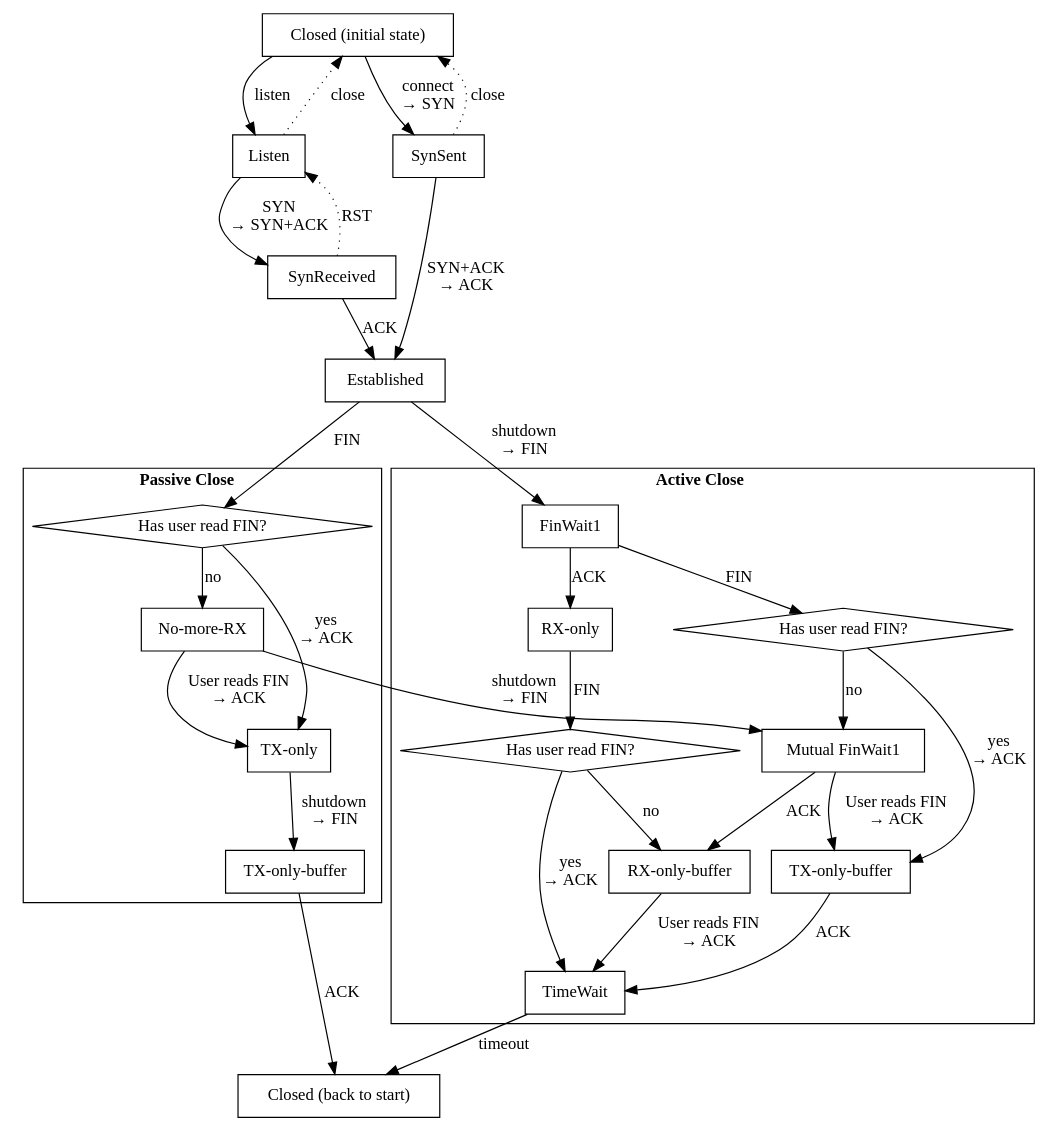
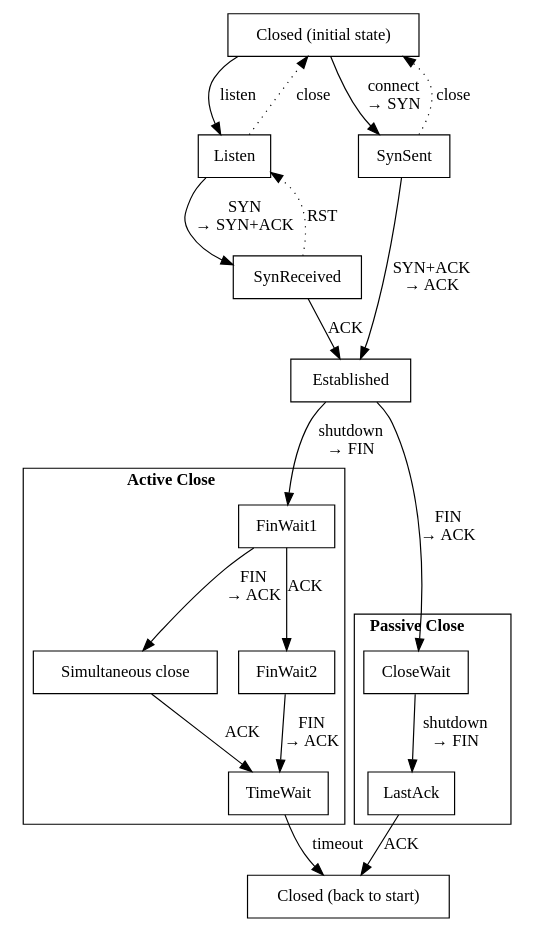
The diagram in docs/state.dot (Dentosal/tcpstate), drawn with Graphviz before and after one commit. The commit also changed 20 other files, not shown here.

```diff
--- a/docs/state.dot
+++ b/docs/state.dot
@@ -1,78 +1,58 @@
 // dot -Tsvg -o images/state.svg state.dot
 
 digraph A {
     node [shape=rect];
 
     Closed [label="Closed (initial state)"]
 
     Closed -> Listen [label="listen"]
     Closed -> SynSent [label="connect\n&rarr; SYN"]
 
     Listen -> SynReceived [label="SYN\n&rarr; SYN+ACK"]
     Listen -> Closed [label="close", style=dotted]
     SynReceived -> Listen [label="RST", style=dotted]
     SynReceived -> Established [label="ACK"]
 
     SynSent -> Established [label="SYN+ACK\n&rarr; ACK"]
     SynSent -> Closed [label="close", style=dotted]
 
     // s{0,1,2} = our FIN no/send/ack?
-    // f{0,1,2} = their FIN no/send/ack?
+    // f{0,2} = their FIN no/ack?
     // w{?} = variant enters timewait
     //
     // s0f0 = Established
 
 	subgraph cluster_pc {
 		label = < <b>Passive Close</b> >;
 
-        s0f1 [label="No-more-RX"]
-        s0f2 [label="TX-only"]
-        s1f2 [label="TX-only-buffer"]
-        pLastRead [shape=diamond, label="Has user read FIN?"]
+        s0f2 [label="CloseWait"]
+        s1f2 [label="LastAck"]
     }
 
     subgraph cluster_ac {
 		label = < <b>Active Close</b> >;
 
         s1f0w [label="FinWait1"]
-        s1f1w [label="Mutual FinWait1"]
-        s1f2w [label="TX-only-buffer"]
-        s2f0w [label="RX-only"]
-        s2f1w [label="RX-only-buffer"]
+        s1f2w [label="Simultaneous close"]
+        s2f0w [label="FinWait2"]
         s2f2w [label="TimeWait"]
-
-        aLastRead1 [shape=diamond, label="Has user read FIN?"]
-        aLastRead2 [shape=diamond, label="Has user read FIN?"]
 	}
 
     s2f2 [label="Closed (back to start)"]
 
     Established -> s1f0w [label="shutdown\n&rarr; FIN"]
 
 
-    Established -> pLastRead [label="FIN"]
-    pLastRead -> s0f1 [label="no"]
-    pLastRead -> s0f2 [label="yes\n&rarr; ACK"]
+    Established -> s0f2 [label="FIN\n&rarr; ACK"]
 
-    s1f0w -> aLastRead1 [label="FIN"]
-    aLastRead1 -> s1f1w [label="no"]
-    aLastRead1 -> s1f2w [label="yes\n&rarr; ACK"]
-
-    s2f0w -> aLastRead2 [label="FIN"]
-    aLastRead2 -> s2f1w [label="no"]
-    aLastRead2 -> s2f2w [label="yes\n&rarr; ACK"]
-
-    s0f1 -> s0f2 [label="User reads FIN\n&rarr; ACK"]
-    s1f1w -> s1f2w [label="User reads FIN\n&rarr; ACK"]
-    s2f1w -> s2f2w [label="User reads FIN\n&rarr; ACK"]
+    s1f0w -> s1f2w [label="FIN\n&rarr; ACK"]
+    s2f0w -> s2f2w [label="FIN\n&rarr; ACK"]
 
     s1f2 -> s2f2 [label="ACK"]
     s1f0w -> s2f0w [label="ACK"]
-    s1f1w -> s2f1w [label="ACK"]
     s1f2w -> s2f2w [label="ACK"]
 
-    s0f1 -> s1f1w [label="shutdown\n&rarr; FIN"]
     s0f2 -> s1f2 [label="shutdown\n&rarr; FIN"]
 
     s2f2w -> s2f2 [label="timeout"]
 }
```
